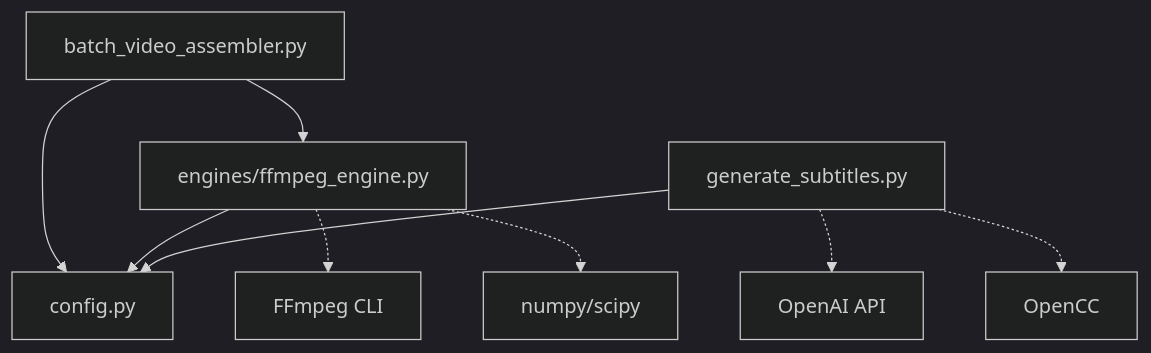
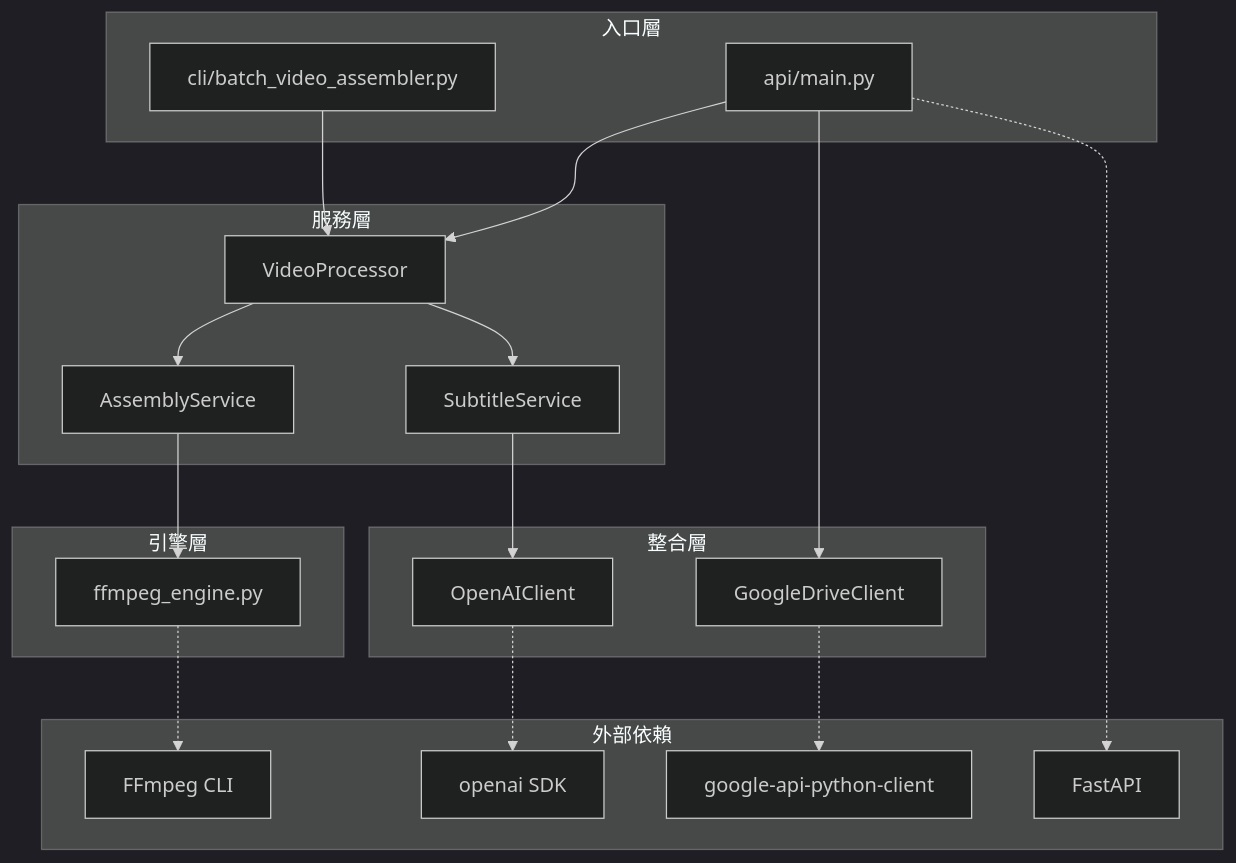
Before and after one commit to tomdhyang-byte/video_assembler: the fourth of 4 diagrams in CODE_ARCHITECTURE.md, drawn with Mermaid (dark theme). The commit also changed other lines of this file and 18 other files, not shown here.

Commit message:
refactor: Restructure project into modular api, cli, services, and integrations directories, and introduce new components.

````diff
--- a/CODE_ARCHITECTURE.md
+++ b/CODE_ARCHITECTURE.md
@@ -147,12 +273,42 @@
 ```mermaid
 graph TD
-    BVA[batch_video_assembler.py] --> CFG[config.py]
-    BVA --> ENG[engines/ffmpeg_engine.py]
-    ENG --> CFG
-    GS[generate_subtitles.py] --> CFG
+    subgraph "入口層"
+        API[api/main.py]
+        CLI[cli/batch_video_assembler.py]
+    end
     
-    ENG -.-> FFMPEG[FFmpeg CLI]
-    ENG -.-> NUMPY[numpy/scipy]
-    GS -.-> OPENAI[OpenAI API]
-    GS -.-> OPENCC[OpenCC]
+    subgraph "服務層"
+        VP[VideoProcessor]
+        SS[SubtitleService]
+        AS[AssemblyService]
+    end
+    
+    subgraph "引擎層"
+        ENG[ffmpeg_engine.py]
+    end
+    
+    subgraph "整合層"
+        OPENAI[OpenAIClient]
+        GDRIVE[GoogleDriveClient]
+    end
+    
+    subgraph "外部依賴"
+        FFMPEG[FFmpeg CLI]
+        OAI_SDK[openai SDK]
+        GAPI[google-api-python-client]
+        FASTAPI[FastAPI]
+    end
+    
+    API --> VP
+    API --> GDRIVE
+    CLI --> VP
+    VP --> SS
+    VP --> AS
+    AS --> ENG
+    SS --> OPENAI
+    
+    ENG -.-> FFMPEG
+    OPENAI -.-> OAI_SDK
+    GDRIVE -.-> GAPI
+    API -.-> FASTAPI
 ```
````
